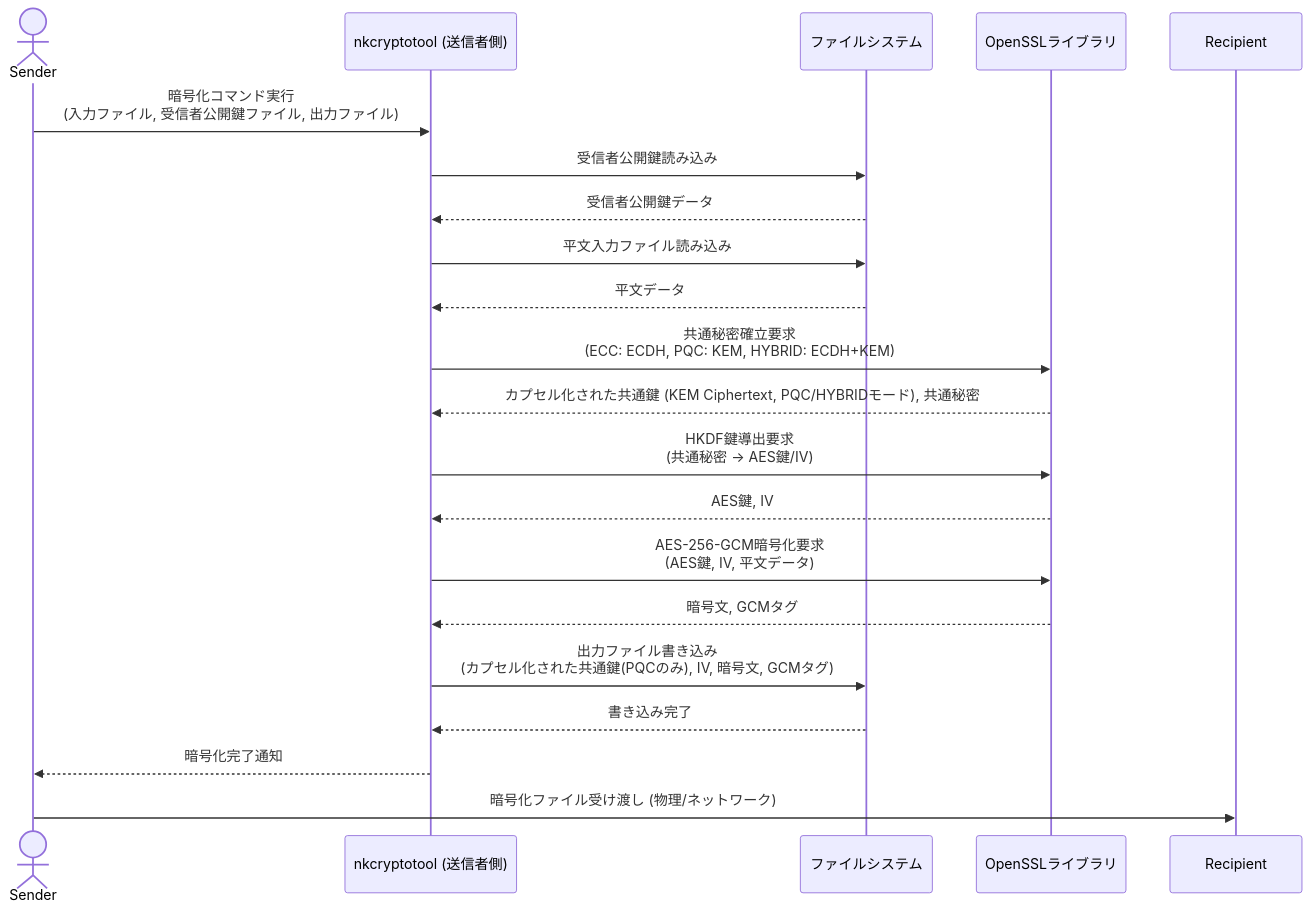
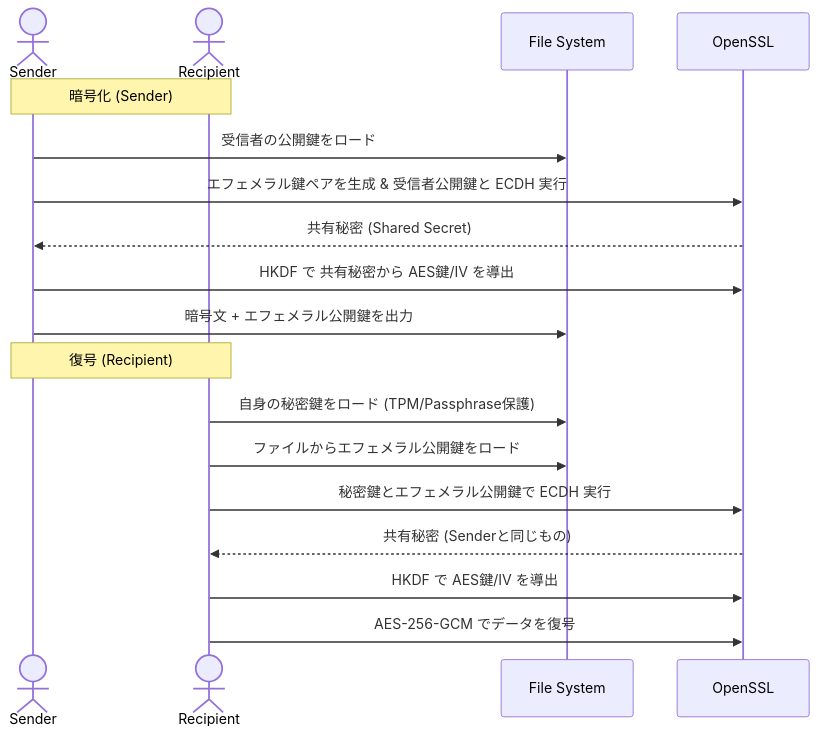
Before and after one commit to nkoriyama/nkCryptoTool: the fourth of 8 diagrams in README.md, drawn with Mermaid. The commit also changed other lines of this file, not shown here.

First line of the commit message:
docs: split sequence diagrams into ECC, PQC, and Hybrid models

````diff
--- a/README.md
+++ b/README.md
@@ -222,23 +240,22 @@
 ```mermaid
 sequenceDiagram
     actor Sender
-    participant Sender_nkcryptotool as nkcryptotool (送信者側)
-    participant FileSystem as ファイルシステム
-    participant OpenSSL as OpenSSLライブラリ
+    actor Recipient
+    participant FS as File System
+    participant OS as OpenSSL
 
-    Sender->>Sender_nkcryptotool: 暗号化コマンド実行<br>(入力ファイル, 受信者公開鍵ファイル, 出力ファイル)
-    Sender_nkcryptotool->>FileSystem: 受信者公開鍵読み込み
-    FileSystem-->>Sender_nkcryptotool: 受信者公開鍵データ
-    Sender_nkcryptotool->>FileSystem: 平文入力ファイル読み込み
-    FileSystem-->>Sender_nkcryptotool: 平文データ
-    Sender_nkcryptotool->>OpenSSL: 共通秘密確立要求<br>(ECC: ECDH, PQC: KEM, HYBRID: ECDH+KEM)
-    OpenSSL-->>Sender_nkcryptotool: カプセル化された共通鍵 (KEM Ciphertext, PQC/HYBRIDモード), 共通秘密
-    Sender_nkcryptotool->>OpenSSL: HKDF鍵導出要求<br>(共通秘密 -> AES鍵/IV)
-    OpenSSL-->>Sender_nkcryptotool: AES鍵, IV
-    Sender_nkcryptotool->>OpenSSL: AES-256-GCM暗号化要求<br>(AES鍵, IV, 平文データ)
-    OpenSSL-->>Sender_nkcryptotool: 暗号文, GCMタグ
-    Sender_nkcryptotool->>FileSystem: 出力ファイル書き込み<br>(カプセル化された共通鍵(PQCのみ), IV, 暗号文, GCMタグ)
-    FileSystem-->>Sender_nkcryptotool: 書き込み完了
-    Sender_nkcryptotool-->>Sender: 暗号化完了通知
-    Sender->>Recipient: 暗号化ファイル受け渡し (物理/ネットワーク)
+    Note over Sender, Recipient: 暗号化 (Sender)
+    Sender->>FS: 受信者の公開鍵をロード
+    Sender->>OS: エフェメラル鍵ペアを生成 & 受信者公開鍵と ECDH 実行
+    OS-->>Sender: 共有秘密 (Shared Secret)
+    Sender->>OS: HKDF で 共有秘密から AES鍵/IV を導出
+    Sender->>FS: 暗号文 + エフェメラル公開鍵を出力
+
+    Note over Sender, Recipient: 復号 (Recipient)
+    Recipient->>FS: 自身の秘密鍵をロード (TPM/Passphrase保護)
+    Recipient->>FS: ファイルからエフェメラル公開鍵をロード
+    Recipient->>OS: 秘密鍵とエフェメラル公開鍵で ECDH 実行
+    OS-->>Recipient: 共有秘密 (Senderと同じもの)
+    Recipient->>OS: HKDF で AES鍵/IV を導出
+    Recipient->>OS: AES-256-GCM でデータを復号
 ```
````
